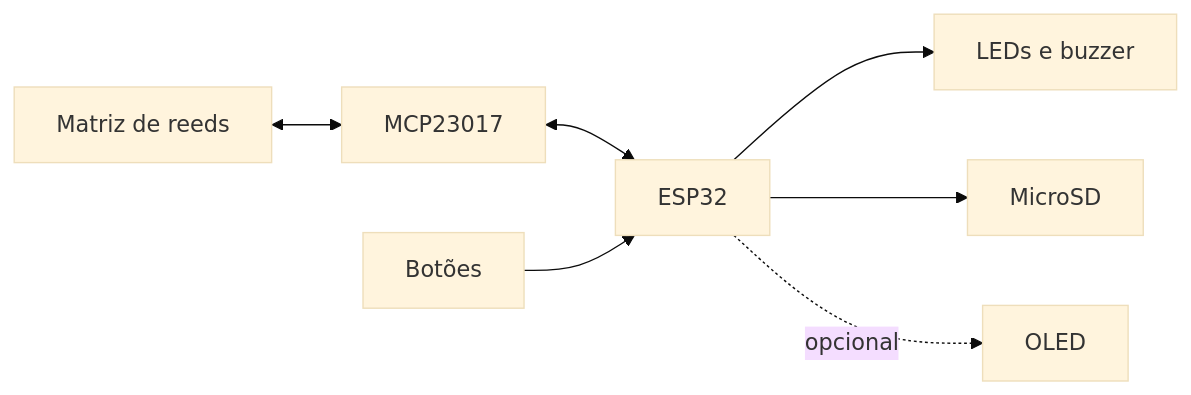
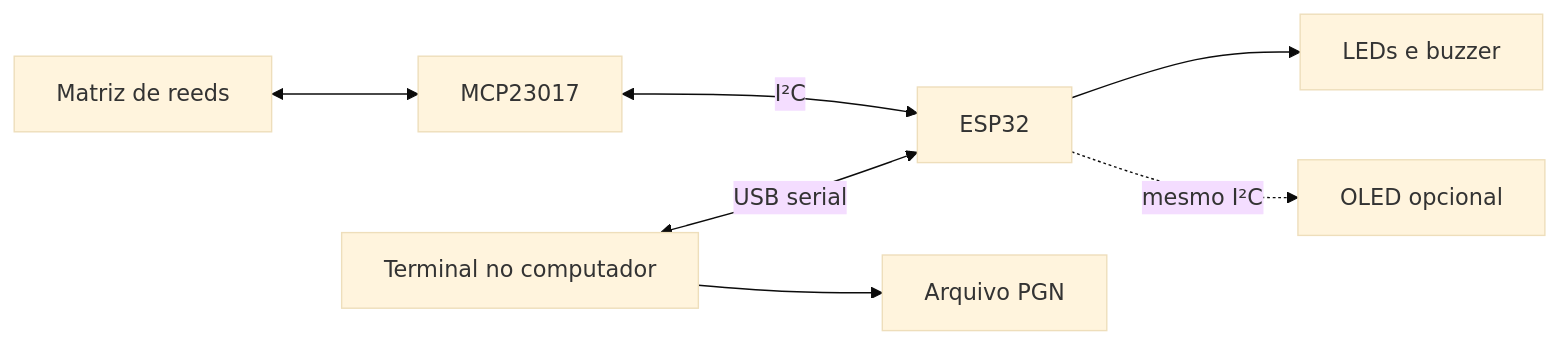
Before and after one commit to tadashinagashima/certificadora-dois: the diagram in docs/arquitetura.md, drawn with Mermaid (base theme). The commit also changed other lines of this file and 25 other files, not shown here.

First line of the commit message:
Controla o tabuleiro via USB serial e salva os PGNs no computador

````diff
--- a/docs/arquitetura.md
+++ b/docs/arquitetura.md
@@ -7,9 +7,9 @@
 ```mermaid
 flowchart LR
     M[Matriz de reeds] <--> X[MCP23017]
-    X <--> E[ESP32]
-    B[Botões] --> E
+    X <-->|I²C| E[ESP32]
+    PC[Terminal no computador] <-->|USB serial| E
+    PC --> PGN[Arquivo PGN]
     E --> S[LEDs e buzzer]
-    E --> SD[MicroSD]
-    E -. opcional .-> O[OLED]
+    E -.->|mesmo I²C| O[OLED opcional]
 ```
````
